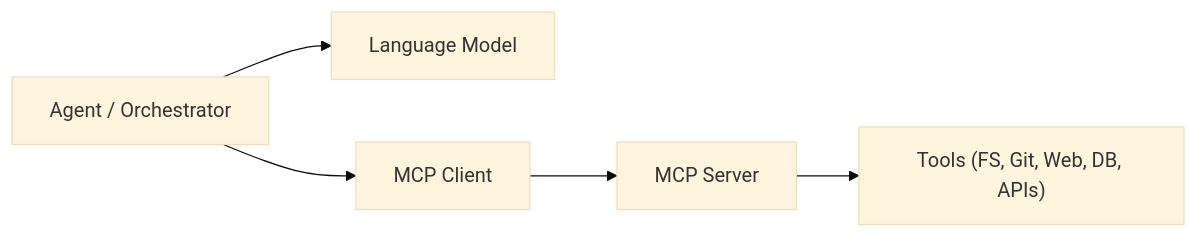
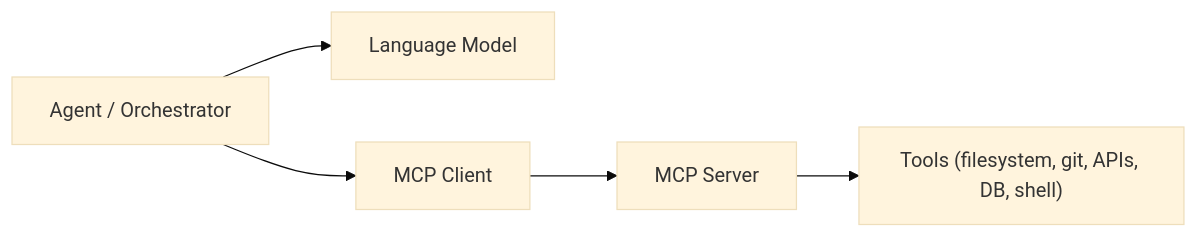
The first of 4 diagrams in blog/mcp_explained.md (hermes-speedboat/wikijs.bitbull), drawn with Mermaid (base theme) before and after one commit. The commit also changed other lines of this file, not shown here.

````diff
--- a/blog/mcp_explained.md
+++ b/blog/mcp_explained.md
@@ -23,13 +25,13 @@
 ```mermaid
 graph LR
   Agent["Agent / Orchestrator"]
   LLM["Language Model"]
   MCPClient["MCP Client"]
   MCPServer["MCP Server"]
-  Tools["Tools (FS, Git, Web, DB, APIs)"]
+  Tools["Tools (filesystem, git, APIs, DB, shell)"]
 
   Agent --> MCPClient
   MCPClient --> MCPServer
   MCPServer --> Tools
   Agent --> LLM
 ```
````
